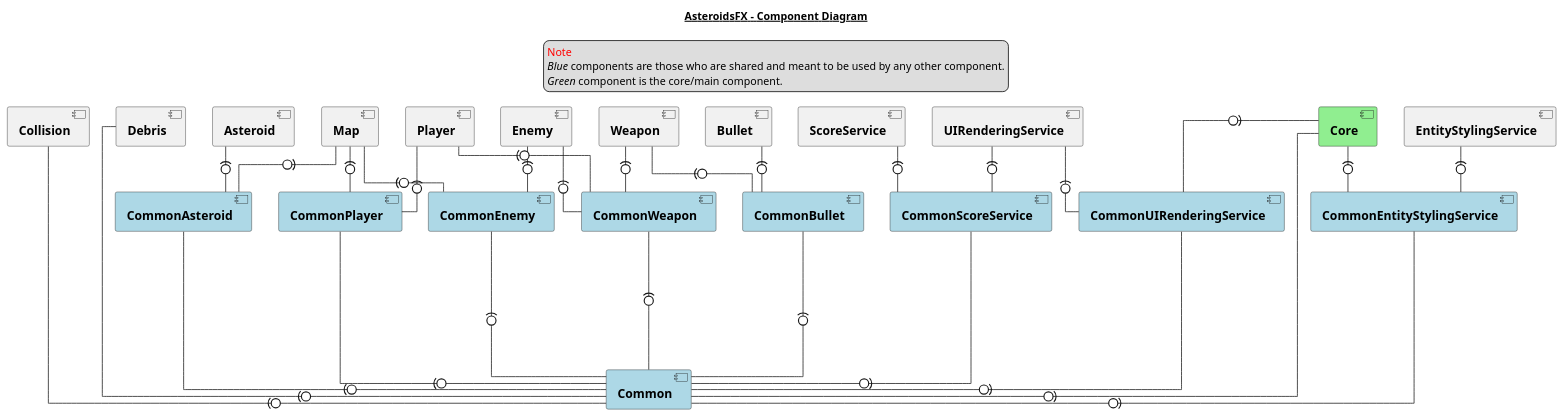
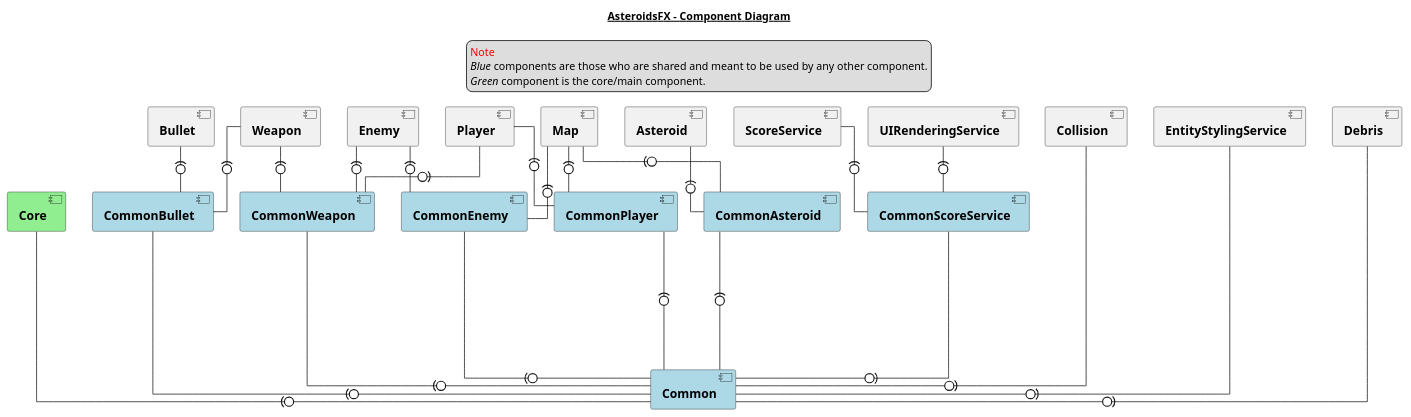
The diagram in diagrams/component.puml (jlars22/AsteroidsFX), drawn with PlantUML before and after one commit. The commit also changed 1 other file, not shown here.

Commit message:
refactor: Update component diagram to reflect changes

```diff
--- a/diagrams/component.puml
+++ b/diagrams/component.puml
@@ -1,118 +1,108 @@
 @startuml
 title
 <u>AsteroidsFX - Component Diagram</u>
 end title
 
 legend top
 <font color=red >Note</font>
 <i>Blue</i> components are those who are shared and meant to be used by any other component.
 <i>Green</i> component is the core/main component.
 end legend
 
 skinparam linetype ortho
 skinparam component {
     FontName Arial
     FontSize 16
     FontStyle Bold
 }
 
 
 together {
     component [Asteroid]
     component [Bullet]
     component [Debris]
     component [Collision]
     component [Enemy]
     component [Weapon]
     component [Map]
     component [ScoreService]
     component [Player]
     component [UIRenderingService]
-
+    component [EntityStylingService]
 }
 
 together {
     component [CommonWeapon] #Lightblue
     component [Common] #Lightblue
     component [CommonAsteroid] #Lightblue
     component [CommonBullet] #Lightblue
     component [CommonEnemy] #Lightblue
     component [CommonScoreService] #Lightblue
-    component [CommonEntityStylingService] #Lightblue
-    component [CommonUIRenderingService] #Lightblue
     component [CommonPlayer] #Lightblue
 }
 
-component [EntityStylingService]
 component [Core] #Lightgreen
 
 'Asteroid'
 [Asteroid] -(0- [CommonAsteroid]
 
 'Bullet'
 [Bullet] -(0- [CommonBullet]
 
 'Collision'
 [Collision] -(0-- [Common]
 
 'CommonAsteroid'
 [CommonAsteroid] --(0-- [Common]
 
 'CommonBullet'
 [CommonBullet] --(0-- [Common]
 
 'CommonEnemy'
 [CommonEnemy] --(0-- [Common]
 
-'CommonEntityStylingService'
-[CommonEntityStylingService] --(0-- [Common]
 
 'CommonPlayer'
 [CommonPlayer] --(0-- [Common]
 
 'CommonScoreService'
 [CommonScoreService] --(0-- [Common]
 
-'CommonUIRenderingService'
-[CommonUIRenderingService] --(0-- [Common]
-
 'CommonWeapon'
 [CommonWeapon] --(0-- [Common]
 
 'Core'
 [Core] --(0-- [Common]
-[Core] -(0- [CommonUIRenderingService]
-[Core] -(0- [CommonEntityStylingService]
 
 'Debris'
 [Debris] -(0-- [Common]
 
 'Enemy'
 [Enemy] -(0- [CommonEnemy]
 [Enemy] -(0- [CommonWeapon]
 
-'EntityStylingService'
-[EntityStylingService] -(0- [CommonEntityStylingService]
 
 'Map'
 [Map] -(0- [CommonAsteroid]
 [Map] -(0- [CommonPlayer]
 [Map] -(0- [CommonEnemy]
 
 'Player'
 [Player] -(0- [CommonWeapon]
 [Player] -(0- [CommonPlayer]
 
 
 'ScoreService'
 [ScoreService] -(0- [CommonScoreService]
 
 'UIRenderingService'
-[UIRenderingService] -(0- [CommonUIRenderingService]
 [UIRenderingService] -(0- [CommonScoreService]
+
+'EntityStylingService'
+[EntityStylingService] -(0- [Common]
 
 'Weapon'
 [Weapon] -(0- [CommonWeapon]
 [Weapon] -(0- [CommonBullet]
 
 @enduml
```
